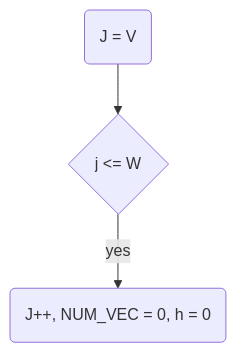
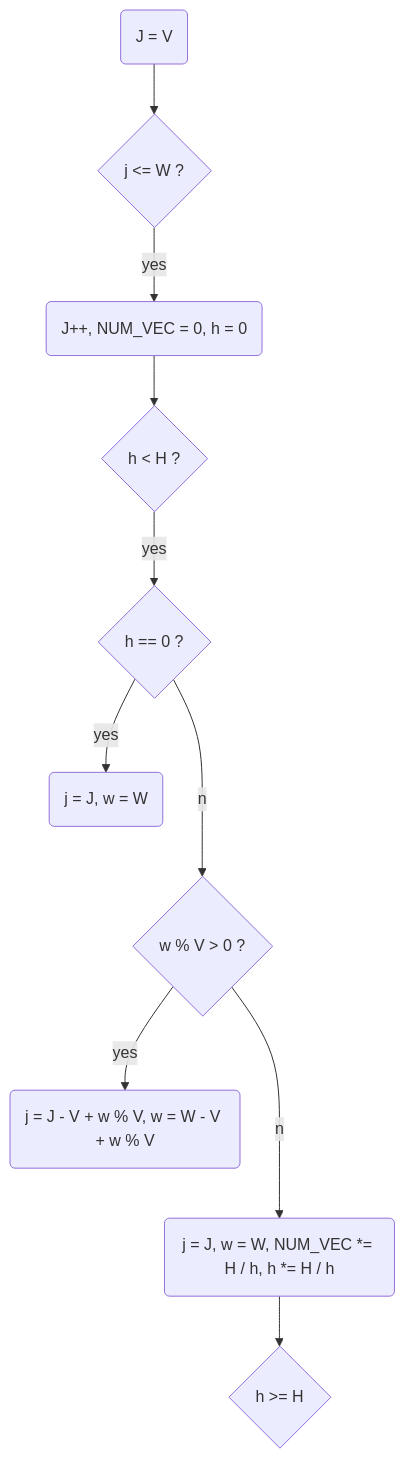
Before and after one commit to BenQuickDeNN/VEC-TSS: the diagram in README.MD, drawn with Mermaid. The commit also changed other lines of this file and 1 other file, not shown here.

````diff
--- a/README.MD
+++ b/README.MD
@@ -9,6 +16,18 @@
 ```mermaid
 graph TD
-    step1(J = V) --> step2{j <= W}
-    
+    step1(J = V) --> step2{j <= W ?}
+
     step2 --yes--> step3(J++, NUM_VEC = 0, h = 0)
+
+    step3 --> step4{h < H ?}
+
+    step4 --yes--> step5{h == 0 ?}
+
+    step5 --yes--> step6(j = J, w = W)
+    step5 --no--> step7{w % V > 0 ?}
+
+    step7 --yes--> step8(j = J - V + w % V, w = W - V + w % V)
+    step7 --no--> step9(j = J, w = W, NUM_VEC *= H / h, h *= H / h)
+
+    step9 --> step10{h >= H}
 ```
````
